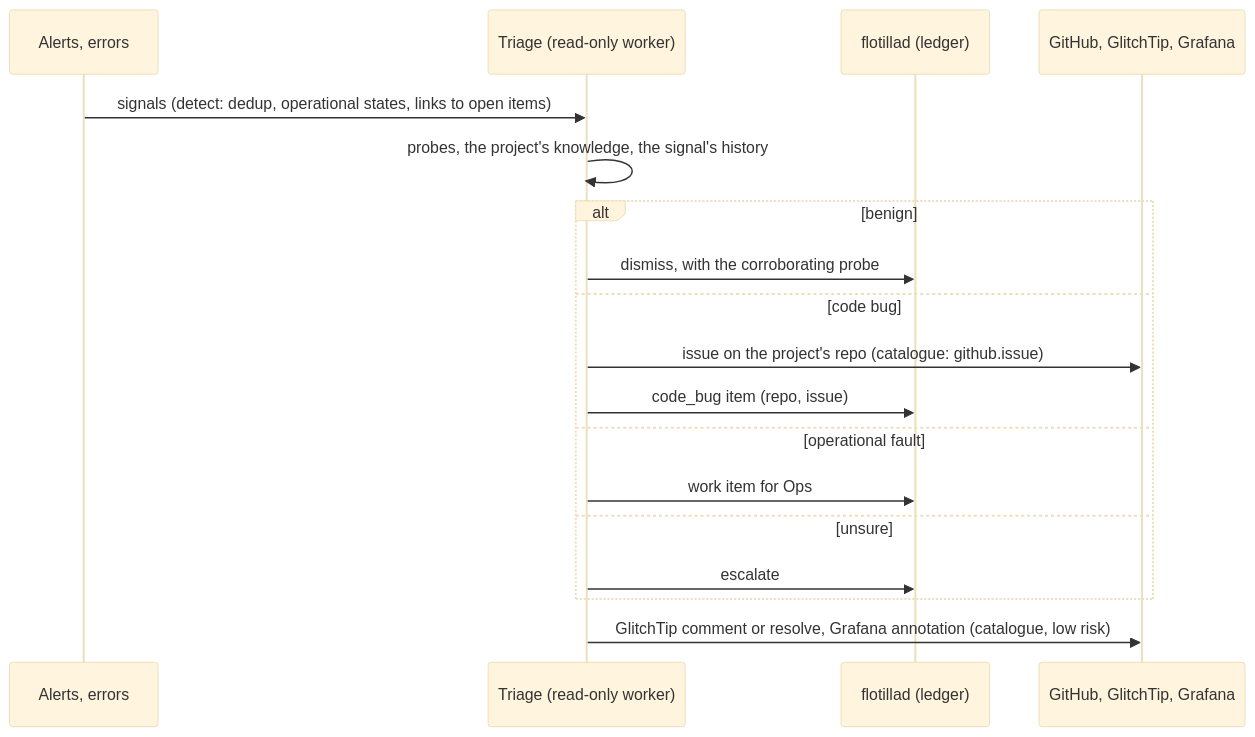
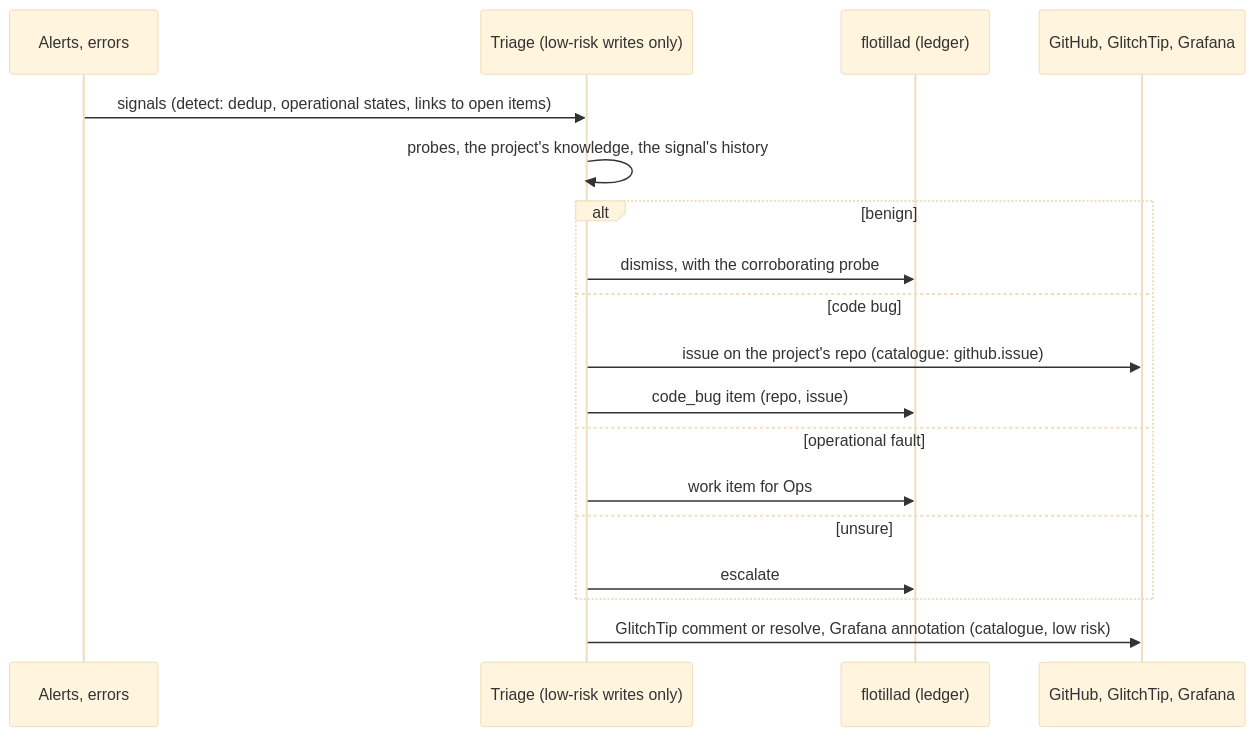
One commit to chipi/flotilla changed the fourth of 9 diagrams in docs/rfc/RFC-0004-agent-pipeline.md. Above: the diagram before and after it, drawn with Mermaid (base theme). The commit also changed other lines of this file, not shown here.

````diff
--- a/docs/rfc/RFC-0004-agent-pipeline.md
+++ b/docs/rfc/RFC-0004-agent-pipeline.md
@@ -292,20 +295,20 @@
 ```mermaid
 sequenceDiagram
     participant S as Alerts, errors
-    participant T as Triage (read-only worker)
+    participant T as Triage (low-risk writes only)
     participant F as flotillad (ledger)
     participant G as GitHub, GlitchTip, Grafana
     S->>T: signals (detect: dedup, operational states, links to open items)
     T->>T: probes, the project's knowledge, the signal's history
     alt benign
         T->>F: dismiss, with the corroborating probe
     else code bug
         T->>G: issue on the project's repo (catalogue: github.issue)
         T->>F: code_bug item (repo, issue)
     else operational fault
         T->>F: work item for Ops
     else unsure
         T->>F: escalate
     end
     T->>G: GlitchTip comment or resolve, Grafana annotation (catalogue, low risk)
 ```
````
